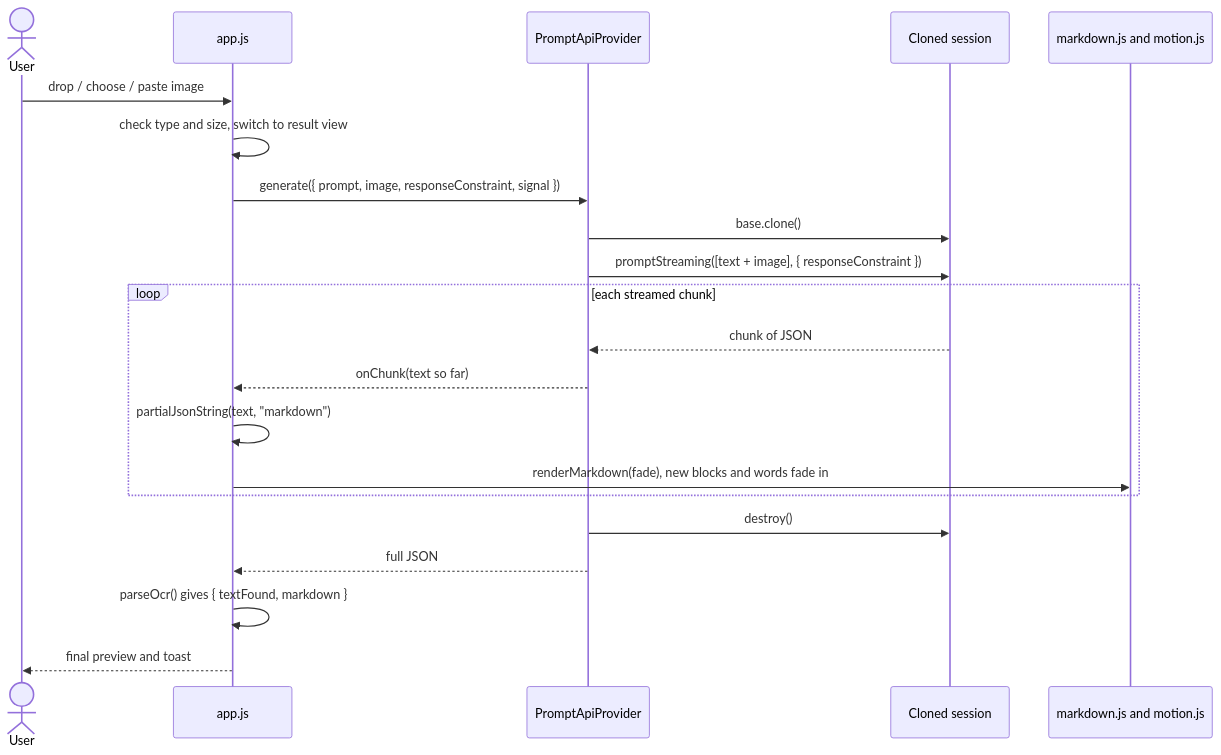
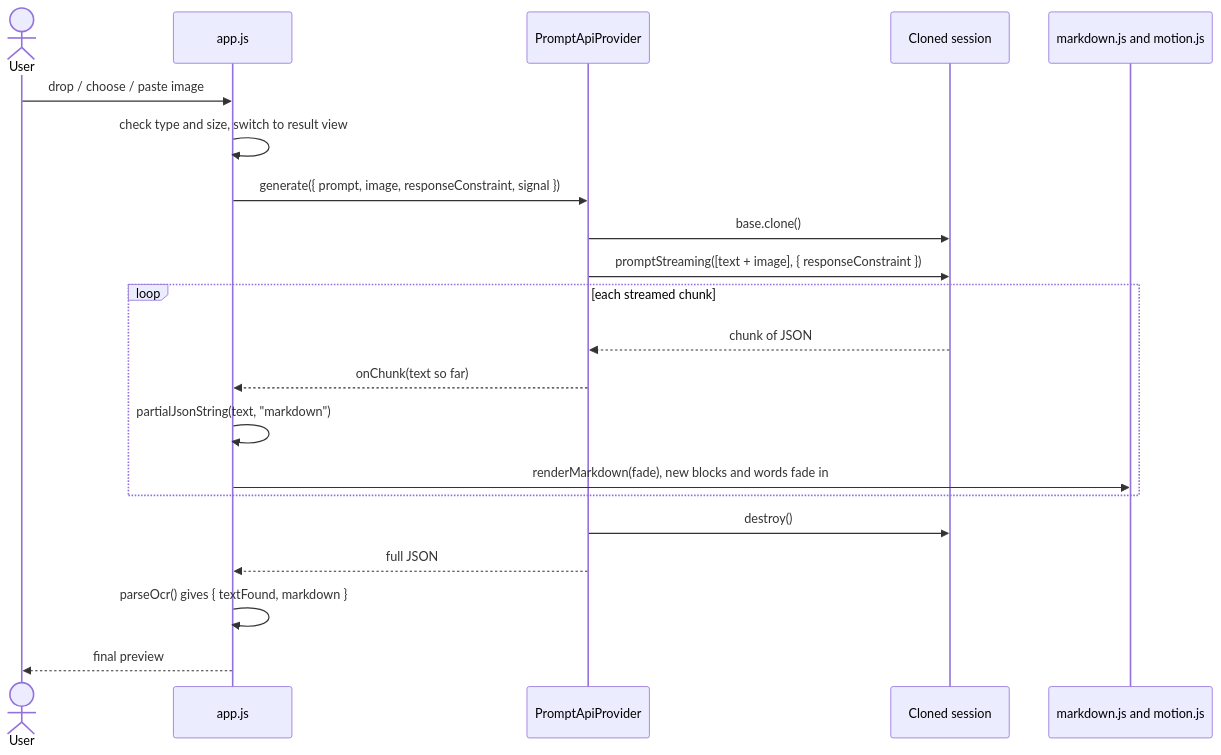
One commit to phanxuanquang/XCan-AI changed the third of 3 diagrams in docs/architecture.md. Above: the diagram before and after it, drawn with Mermaid. The commit also changed other lines of this file and 5 other files, not shown here.

````diff
--- a/docs/architecture.md
+++ b/docs/architecture.md
@@ -97,23 +102,23 @@
 ```mermaid
 sequenceDiagram
     actor U as User
     participant A as app.js
     participant P as PromptApiProvider
     participant S as Cloned session
     participant M as markdown.js and motion.js
     U->>A: drop / choose / paste image
     A->>A: check type and size, switch to result view
     A->>P: generate({ prompt, image, responseConstraint, signal })
     P->>S: base.clone()
     P->>S: promptStreaming([text + image], { responseConstraint })
     loop each streamed chunk
         S-->>P: chunk of JSON
         P-->>A: onChunk(text so far)
         A->>A: partialJsonString(text, "markdown")
         A->>M: renderMarkdown(fade), new blocks and words fade in
     end
     P->>S: destroy()
     P-->>A: full JSON
     A->>A: parseOcr() gives { textFound, markdown }
-    A-->>U: final preview and toast
+    A-->>U: final preview
 ```
````
